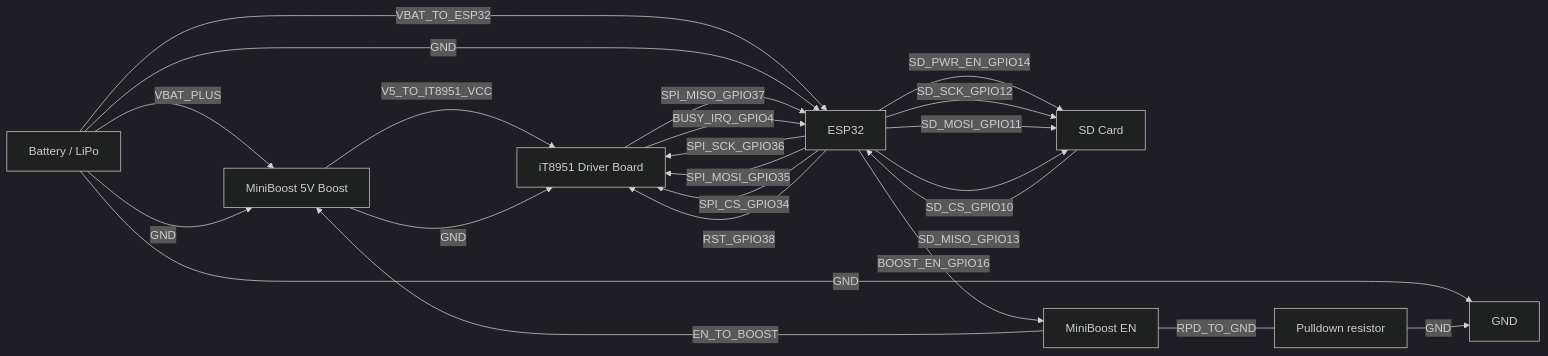
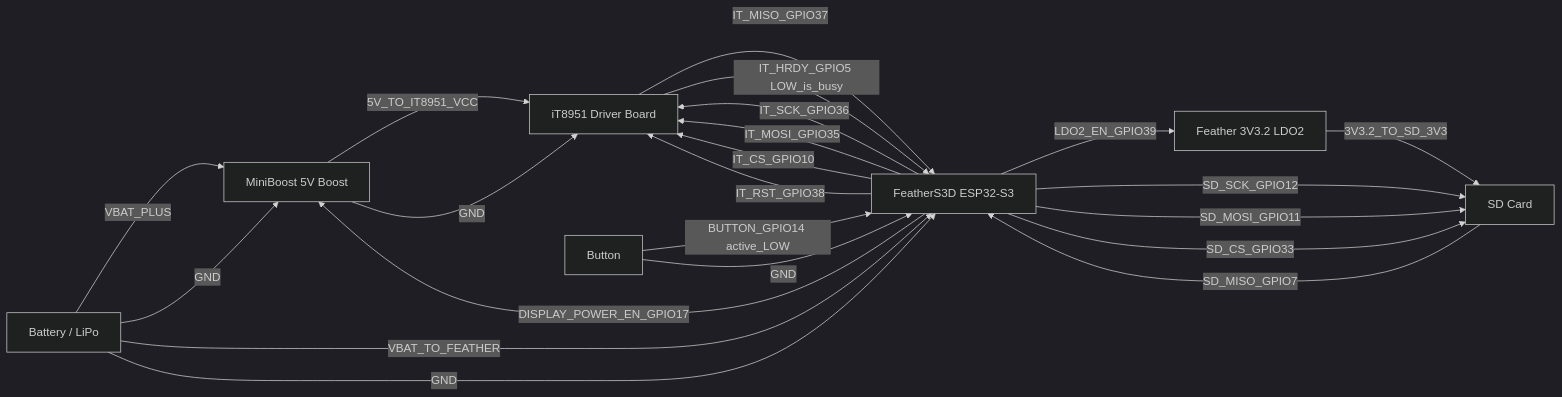
The second of 2 diagrams in docs/wiring.md (jantielens/esp32-it8951-photoframe), drawn with Mermaid (dark theme) before and after one commit. The commit also changed other lines of this file and 3 other files, not shown here.

````diff
--- a/docs/wiring.md
+++ b/docs/wiring.md
@@ -53,45 +63,41 @@
 ```mermaid
 graph LR
 
 BAT[Battery / LiPo]
 BOOST[MiniBoost 5V Boost]
 
-ESP[ESP32]
+ESP[FeatherS3D ESP32-S3]
 IT[iT8951 Driver Board]
 SD[SD Card]
-
-EN[MiniBoost EN]
-RPD[Pulldown resistor]
-GND[GND]
+BTN[Button]
+LDO2[Feather 3V3.2 LDO2]
 
 BAT -->|VBAT_PLUS| BOOST
 BAT -->|GND| BOOST
 
-BAT -->|VBAT_TO_ESP32| ESP
+BAT -->|VBAT_TO_FEATHER| ESP
 BAT -->|GND| ESP
 
-BAT -->|GND| GND
+ESP -->|DISPLAY_POWER_EN_GPIO17| BOOST
 
-ESP -->|BOOST_EN_GPIO16| EN
-EN -->|EN_TO_BOOST| BOOST
-EN ---|RPD_TO_GND| RPD
-RPD -->|GND| GND
-
-BOOST -->|V5_TO_IT8951_VCC| IT
+BOOST -->|5V_TO_IT8951_VCC| IT
 BOOST -->|GND| IT
 
-ESP -->|SD_PWR_EN_GPIO14| SD
-
+ESP -->|LDO2_EN_GPIO39| LDO2
+LDO2 -->|3V3.2_TO_SD_3V3| SD
 ESP -->|SD_SCK_GPIO12| SD
 ESP -->|SD_MOSI_GPIO11| SD
-SD -->|SD_MISO_GPIO13| ESP
-ESP -->|SD_CS_GPIO10| SD
+SD -->|SD_MISO_GPIO7| ESP
+ESP -->|SD_CS_GPIO33| SD
 
-ESP -->|SPI_SCK_GPIO36| IT
-ESP -->|SPI_MOSI_GPIO35| IT
-IT -->|SPI_MISO_GPIO37| ESP
-ESP -->|SPI_CS_GPIO34| IT
+ESP -->|IT_SCK_GPIO36| IT
+ESP -->|IT_MOSI_GPIO35| IT
+IT -->|IT_MISO_GPIO37| ESP
+ESP -->|IT_CS_GPIO10| IT
 
-ESP -->|RST_GPIO38| IT
-IT -->|BUSY_IRQ_GPIO4| ESP
+ESP -->|IT_RST_GPIO38| IT
+IT -->|IT_HRDY_GPIO5 LOW_is_busy| ESP
+
+BTN -->|BUTTON_GPIO14 active_LOW| ESP
+BTN -->|GND| ESP
 ```
````
